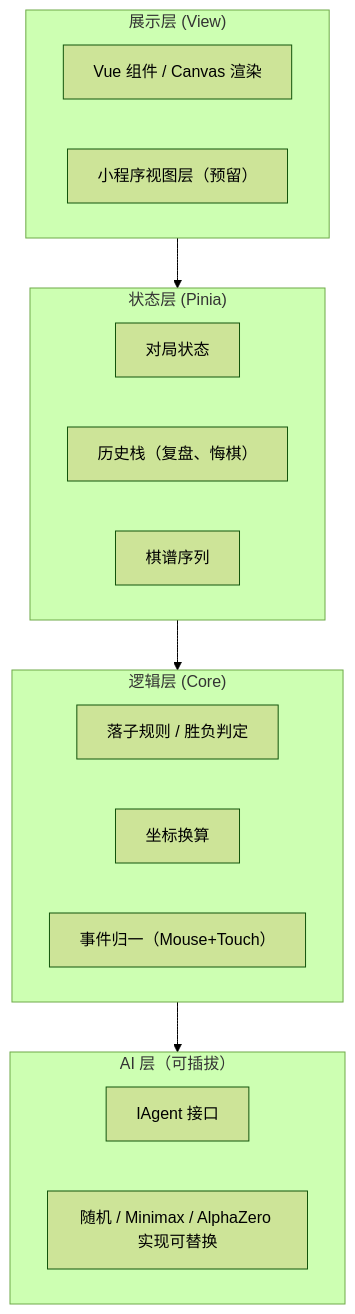
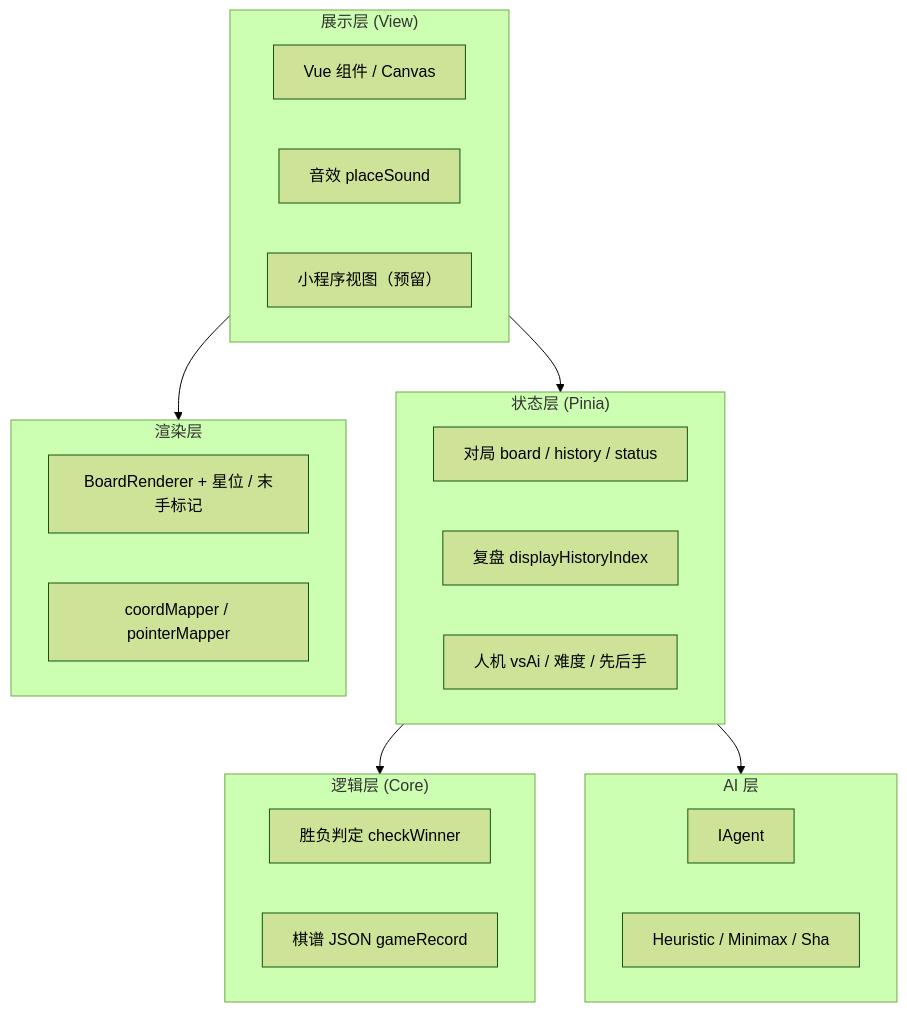
One commit to IdEvEbI/zen-gomoku changed the diagram in docs/design/technical-architecture.md. Above: the diagram before and after it, drawn with Mermaid (forest theme). The commit also changed other lines of this file and 6 other files, not shown here.

````diff
--- a/docs/design/technical-architecture.md
+++ b/docs/design/technical-architecture.md
@@ -12,28 +13,34 @@
 ```mermaid
 flowchart TB
     subgraph View["展示层 (View)"]
-        V1["Vue 组件 / Canvas 渲染"]
-        V2["小程序视图层（预留）"]
+        V1["Vue 组件 / Canvas"]
+        V2["音效 placeSound"]
+        V3["小程序视图（预留）"]
     end
 
     subgraph Pinia["状态层 (Pinia)"]
-        P1["对局状态"]
-        P2["历史栈（复盘、悔棋）"]
-        P3["棋谱序列"]
+        P1["对局 board / history / status"]
+        P2["复盘 displayHistoryIndex"]
+        P3["人机 vsAi / 难度 / 先后手"]
     end
 
     subgraph Core["逻辑层 (Core)"]
-        C1["落子规则 / 胜负判定"]
-        C2["坐标换算"]
-        C3["事件归一（Mouse+Touch）"]
+        C1["胜负判定 checkWinner"]
+        C2["棋谱 JSON gameRecord"]
     end
 
-    subgraph AI["AI 层（可插拔）"]
-        A1["IAgent 接口"]
-        A2["随机 / Minimax / AlphaZero 实现可替换"]
+    subgraph Renderer["渲染层"]
+        R1["BoardRenderer + 星位 / 末手标记"]
+        R2["coordMapper / pointerMapper"]
+    end
+
+    subgraph AI["AI 层"]
+        A1["IAgent"]
+        A2["Heuristic / Minimax / Sha"]
     end
 
     View --> Pinia
+    View --> Renderer
     Pinia --> Core
-    Core --> AI
+    Pinia --> AI
 ```
````
